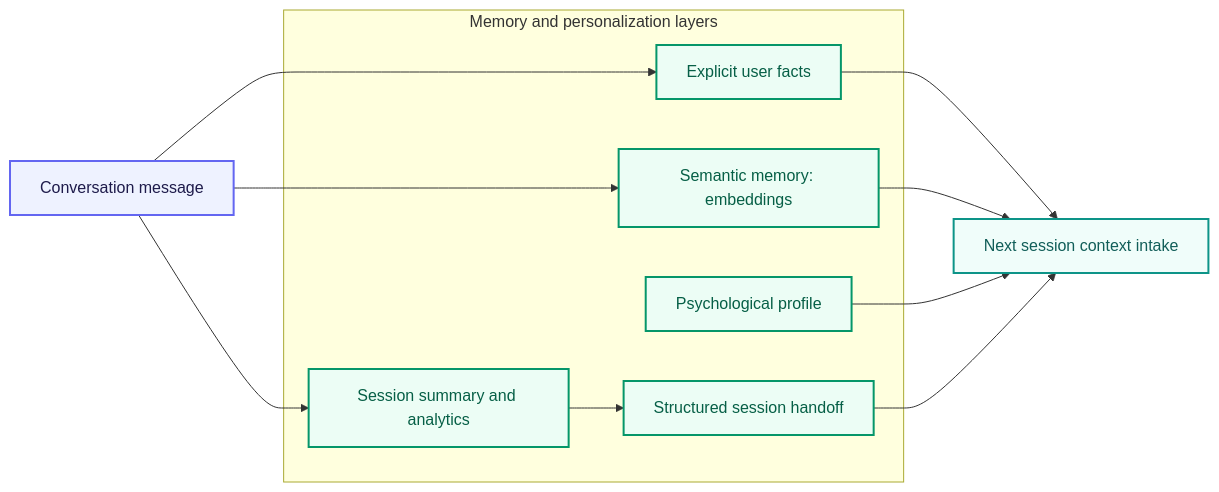
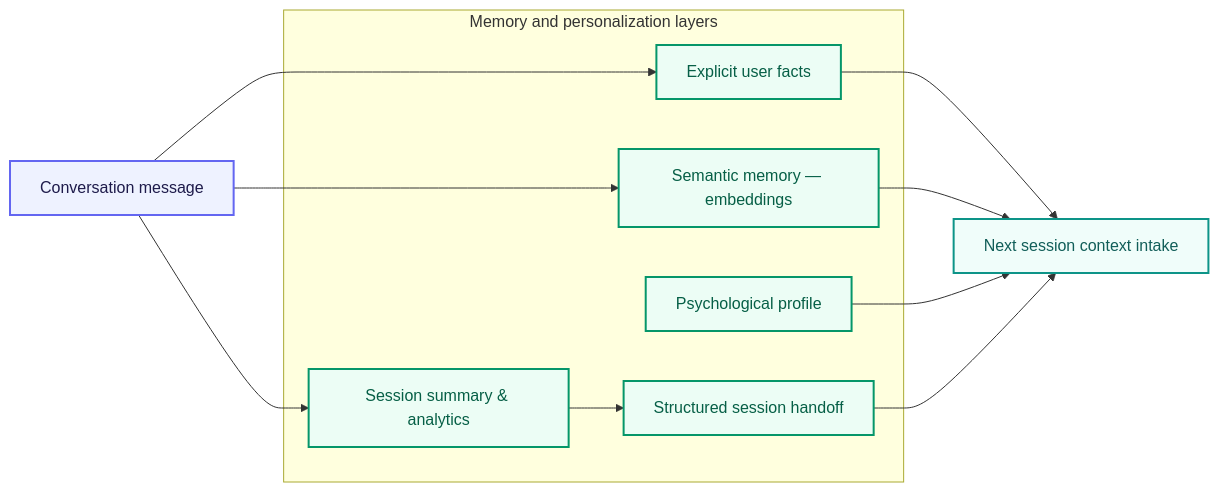
Before and after one commit to taha-mehmood-03/Personlaized-Trainer-Using-Agentic-AI: diagram 13 of 18 in README.md, drawn with Mermaid. The commit also changed other lines of this file, not shown here.

````diff
--- a/README.md
+++ b/README.md
@@ -893,25 +686,25 @@
 ```mermaid
 flowchart LR
-    classDef client fill:#EEF2FF,stroke:#6366F1,stroke-width:2px,color:#1E1B4B;
-    classDef agent fill:#F0FDFA,stroke:#0D9488,stroke-width:2px,color:#115E59;
-    classDef data fill:#ECFDF5,stroke:#059669,stroke-width:2px,color:#065F46;
+    classDef client fill:#EEF2FF,stroke:#6366F1,stroke-width:2px,color:#1E1B4B
+    classDef agent fill:#F0FDFA,stroke:#0D9488,stroke-width:2px,color:#115E59
+    classDef data fill:#ECFDF5,stroke:#059669,stroke-width:2px,color:#065F46
 
     Message["Conversation message"]:::client
 
     subgraph MemoryLayers["Memory and personalization layers"]
         Explicit["Explicit user facts"]:::data
-        Semantic["Semantic memory: embeddings"]:::data
-        Summary["Session summary and analytics"]:::data
+        Semantic["Semantic memory — embeddings"]:::data
+        Summary["Session summary & analytics"]:::data
         Profile["Psychological profile"]:::data
         Handoff["Structured session handoff"]:::data
     end
 
     NextSession["Next session context intake"]:::agent
 
     Message --> Explicit & Semantic & Summary
     Summary --> Handoff
     Explicit --> NextSession
     Semantic --> NextSession
     Profile --> NextSession
     Handoff --> NextSession
 ```
````
